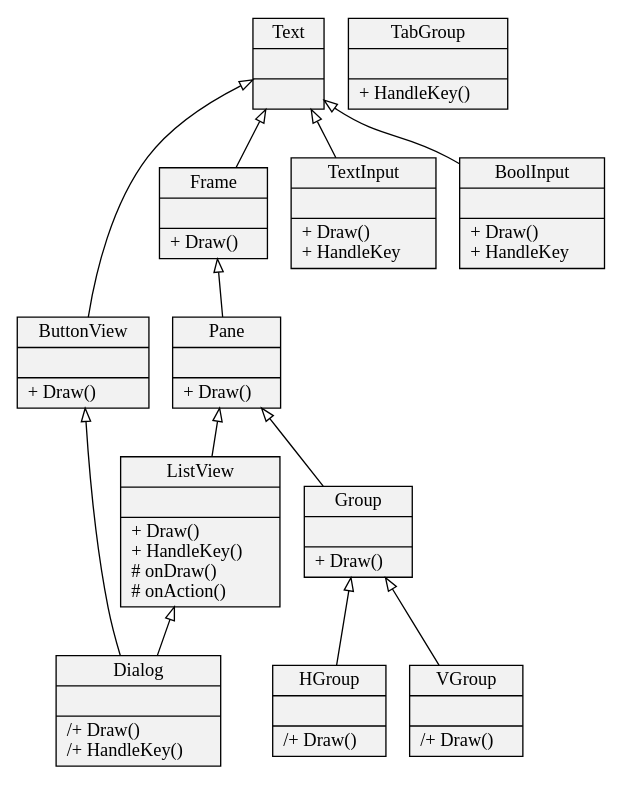
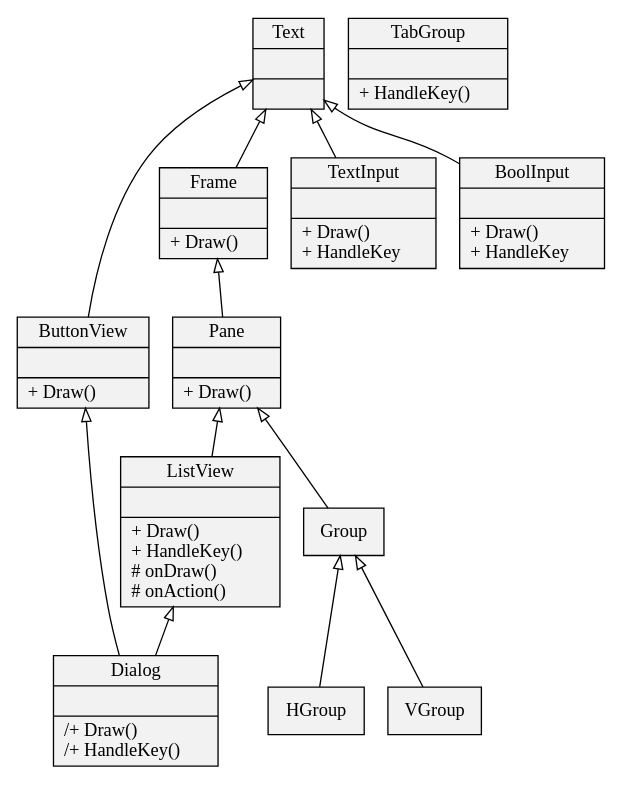
One commit to rstemmer/musicdb changed the diagram in docs/source/lib/clui.rst. Above: the diagram before and after it, drawn with Graphviz. The commit also changed other lines of this file and 1 other file, not shown here.

```diff
--- a/docs/source/lib/clui.rst
+++ b/docs/source/lib/clui.rst
@@ -15,39 +15,36 @@
    .. graphviz::
 
       digraph hierarchy {
          size="5,8"
          node[shape=record,style=filled,fillcolor=gray95]
          edge[dir=back, arrowtail=empty]
 
          Text        [label = "{Text||}"]
          Frame       [label = "{Frame||+ Draw()\l}"]
          Pane        [label = "{Pane||+ Draw()\l}"]
          ButtonView  [label = "{ButtonView||+ Draw()\l}"]
          ListView    [label = "{ListView||+ Draw()\l+ HandleKey()\l# onDraw()\l# onAction()\l}"]
          Dialog      [label = "{Dialog||/+ Draw()\l/+ HandleKey()\l}"]
-         Group       [label = "{Group||+ Draw()\l}"]
-         HGroup      [label = "{HGroup||/+ Draw()\l}"]
-         VGroup      [label = "{VGroup||/+ Draw()\l}"]
          TabGroup    [label = "{TabGroup||+ HandleKey()\l}"]
          TextInput   [label = "{TextInput||+ Draw()\l+ HandleKey\l}"]
          BoolInput   [label = "{BoolInput||+ Draw()\l+ HandleKey\l}"]
 
          Text        -> Frame
          Text        -> TextInput
          Text        -> BoolInput
          Text        -> ButtonView
 
          Frame       -> Pane
          
          Pane        -> ListView
          Pane        -> Group
 
          ListView    -> Dialog
          ButtonView  -> Dialog
 
          Group       -> HGroup
          Group       -> VGroup
 
          TabGroup
 
       }
```
